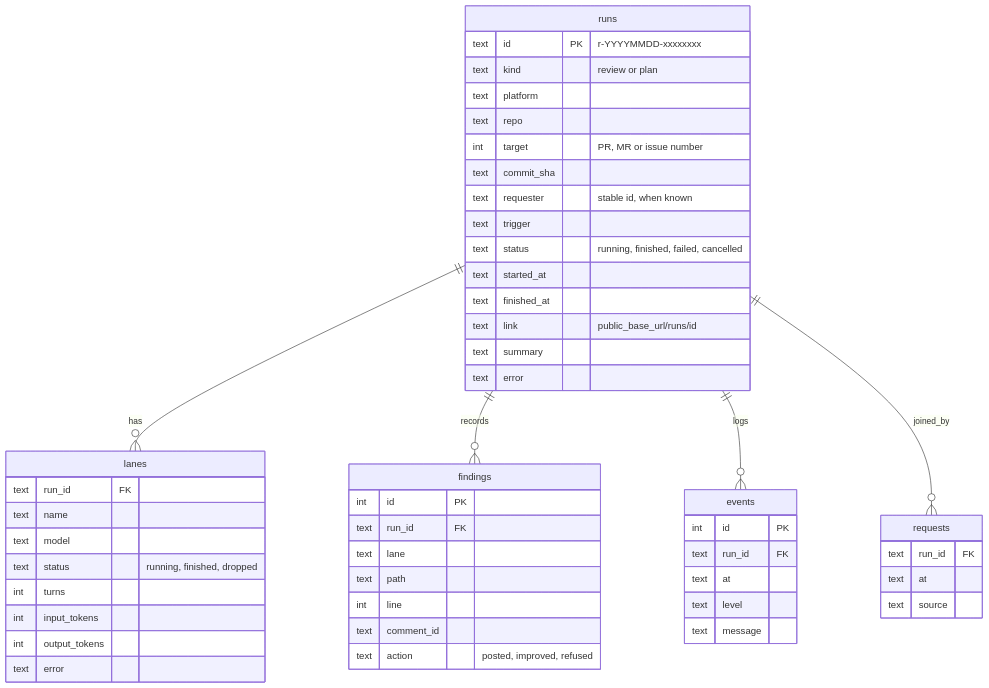
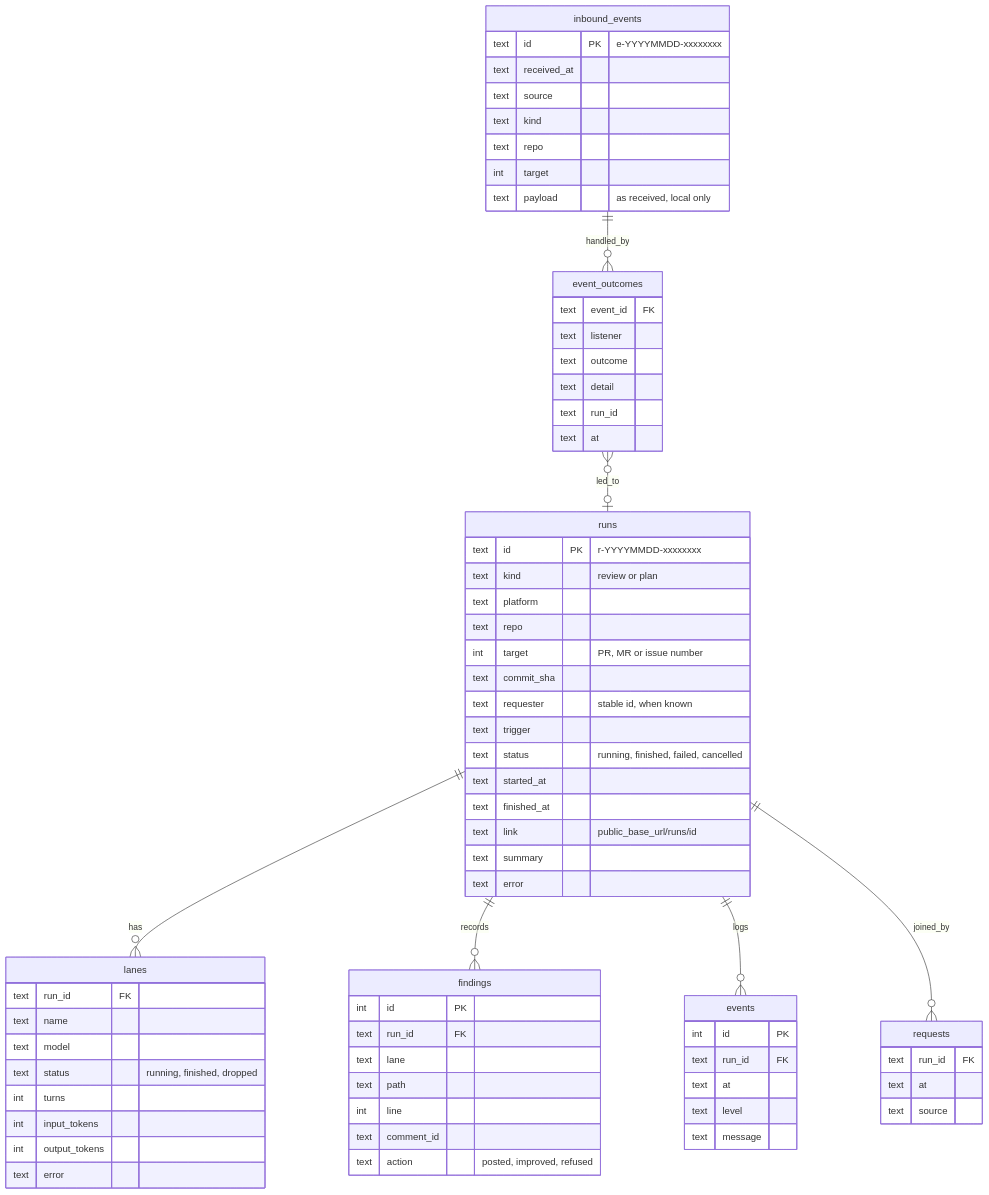
The eighth of 10 diagrams in ARCHITECTURE.md (StephanMeijer/meneerhenk), drawn with Mermaid before and after one commit. The commit also changed other lines of this file and 7 other files, not shown here.

````diff
--- a/ARCHITECTURE.md
+++ b/ARCHITECTURE.md
@@ -300,54 +367,73 @@
 ```mermaid
 erDiagram
     runs ||--o{ lanes : has
     runs ||--o{ findings : records
     runs ||--o{ events : logs
     runs ||--o{ requests : joined_by
+    inbound_events ||--o{ event_outcomes : handled_by
+    event_outcomes }o--o| runs : led_to
     runs {
         text id PK "r-YYYYMMDD-xxxxxxxx"
         text kind "review or plan"
         text platform
         text repo
         int target "PR, MR or issue number"
         text commit_sha
         text requester "stable id, when known"
         text trigger
         text status "running, finished, failed, cancelled"
         text started_at
         text finished_at
         text link "public_base_url/runs/id"
         text summary
         text error
     }
     lanes {
         text run_id FK
         text name
         text model
         text status "running, finished, dropped"
         int turns
         int input_tokens
         int output_tokens
         text error
     }
     findings {
         int id PK
         text run_id FK
         text lane
         text path
         int line
         text comment_id
         text action "posted, improved, refused"
     }
     events {
         int id PK
         text run_id FK
         text at
         text level
         text message
     }
     requests {
         text run_id FK
         text at
         text source
     }
+    inbound_events {
+        text id PK "e-YYYYMMDD-xxxxxxxx"
+        text received_at
+        text source
+        text kind
+        text repo
+        int target
+        text payload "as received, local only"
+    }
+    event_outcomes {
+        text event_id FK
+        text listener
+        text outcome
+        text detail
+        text run_id
+        text at
+    }
 ```
````
